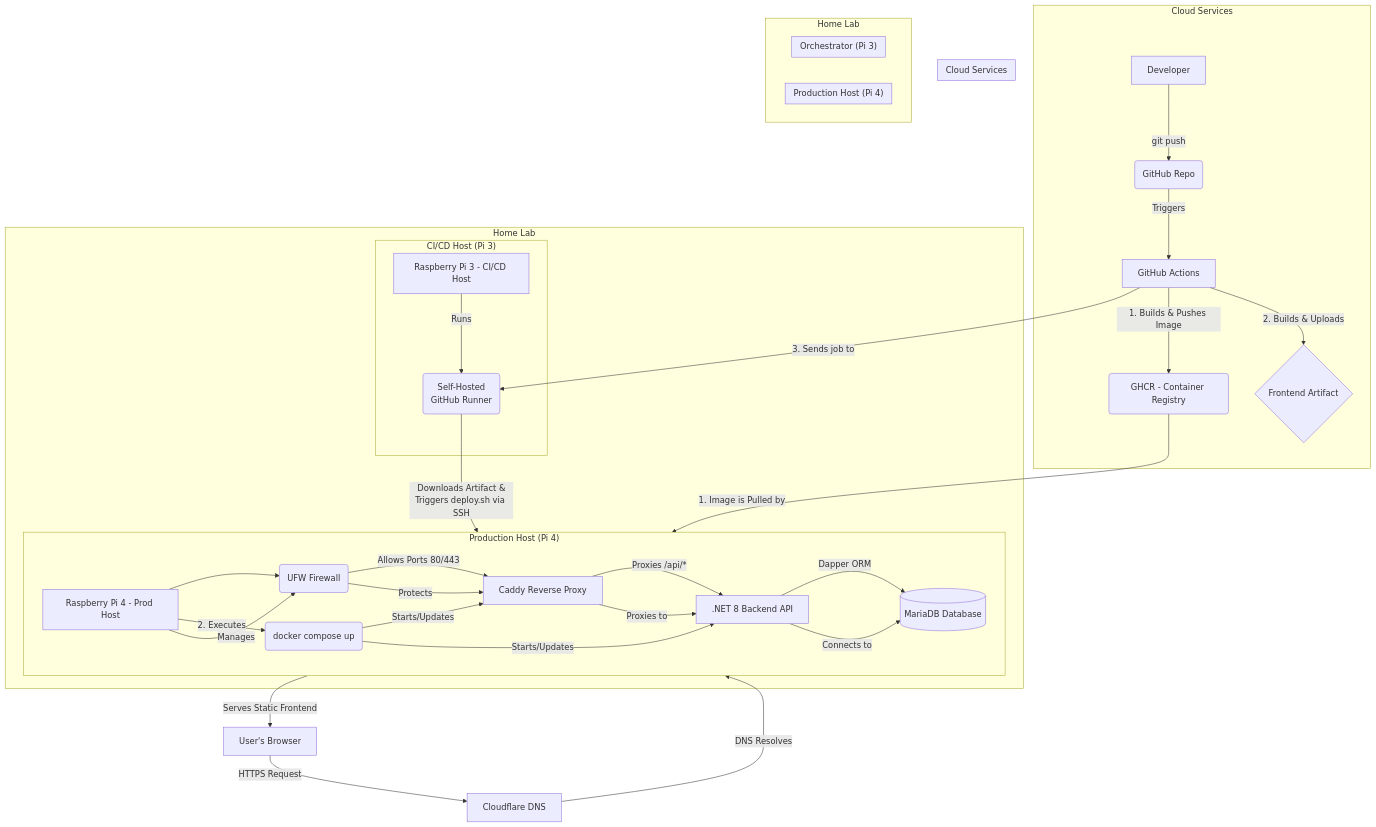
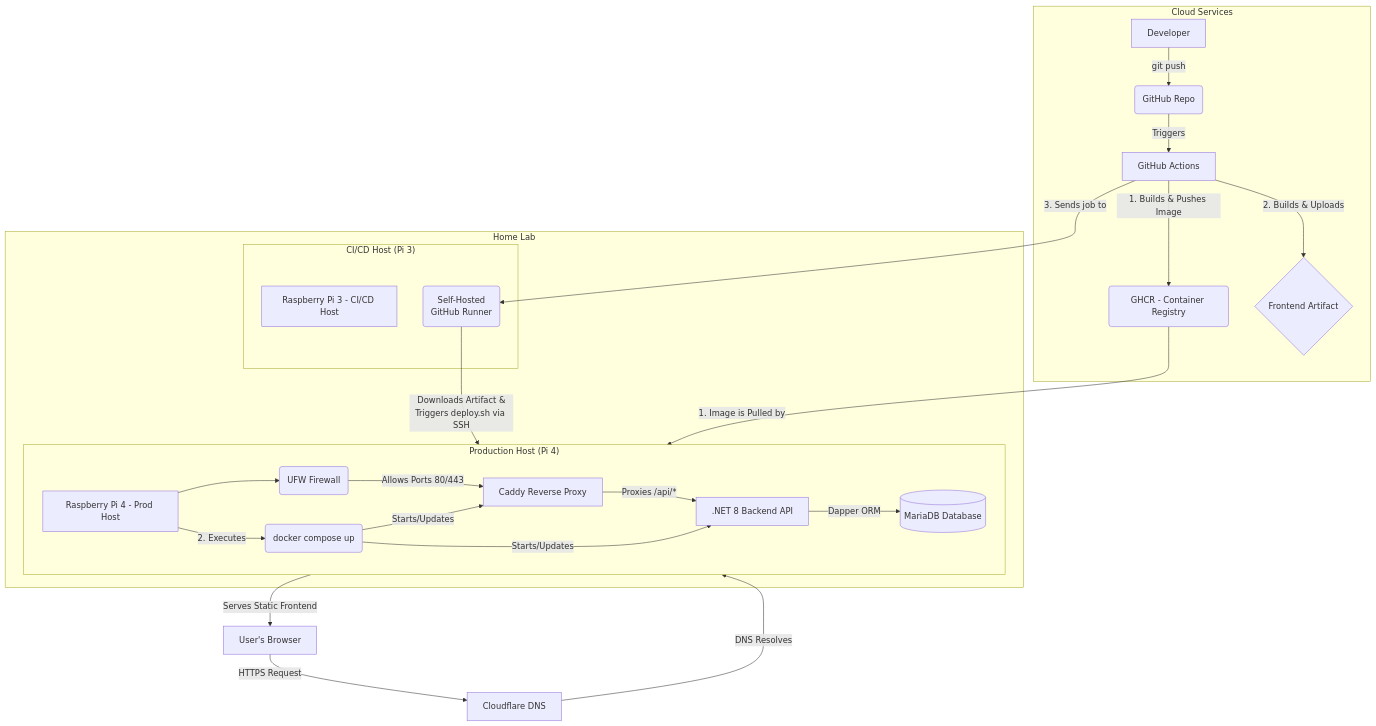
The diagram in README.md (lsteen89/SteenBudgetSolution), drawn with Mermaid before and after one commit. The commit also changed other lines of this file, not shown here.

````diff
--- a/README.md
+++ b/README.md
@@ -239,27 +202,5 @@
     DockerComposeUp -- Starts/Updates --> Caddy
     DockerComposeUp -- Starts/Updates --> BackendAPI
 
-    %% == 3. Define Subgraphs (Visual Grouping) ==
 
-    subgraph "Cloud Services"
-        Developer
-        GitHubRepo
-        GitHubActions
-        GHCR
-        FrontendArtifact
-    end
-
-    subgraph "Home Lab"
-        subgraph "Production Host (Pi 4)"
-            direction LR
-            Pi4 -- Manages --> UFW
-            UFW -- Protects --> Caddy
-            Caddy -- Proxies to --> BackendAPI
-            BackendAPI -- Connects to --> MariaDB
-        end
-        
-        subgraph "Orchestrator (Pi 3)"
-            Pi3 -- Runs --> Runner
-        end
-    end
 ```
````
